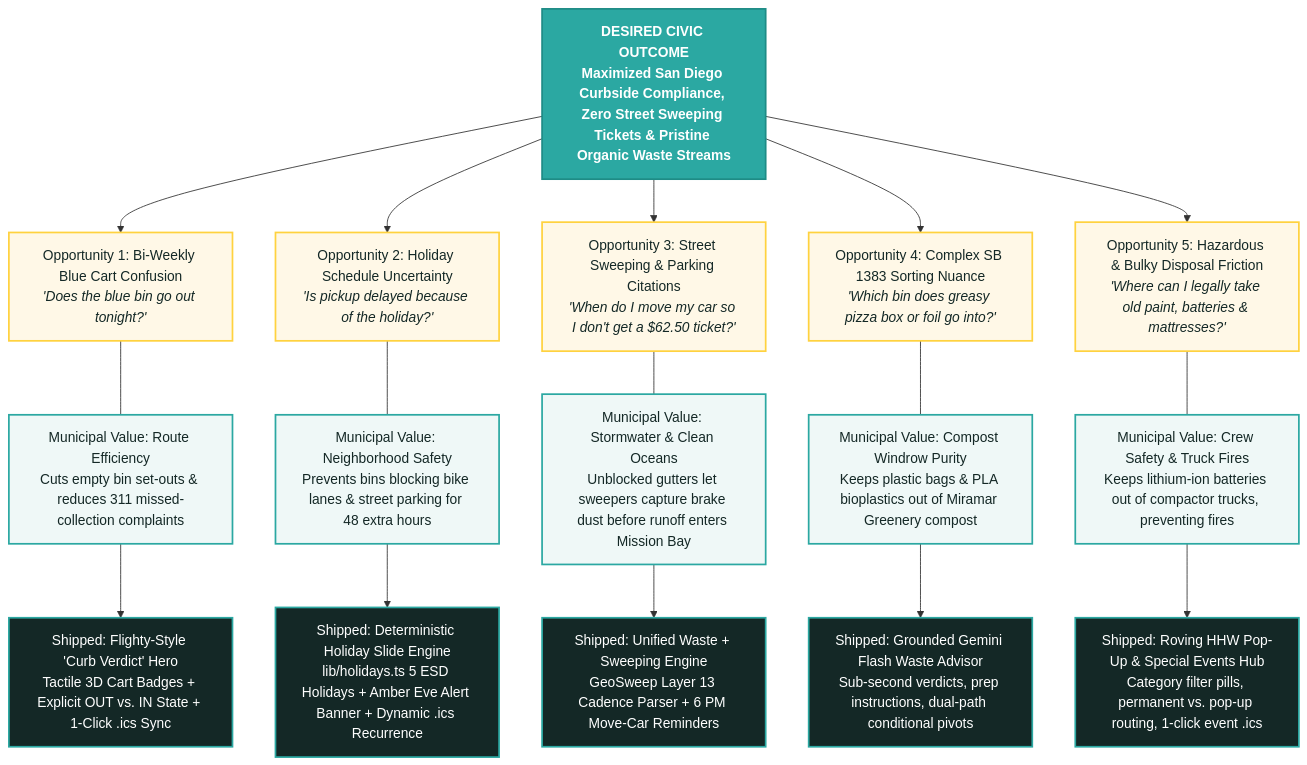
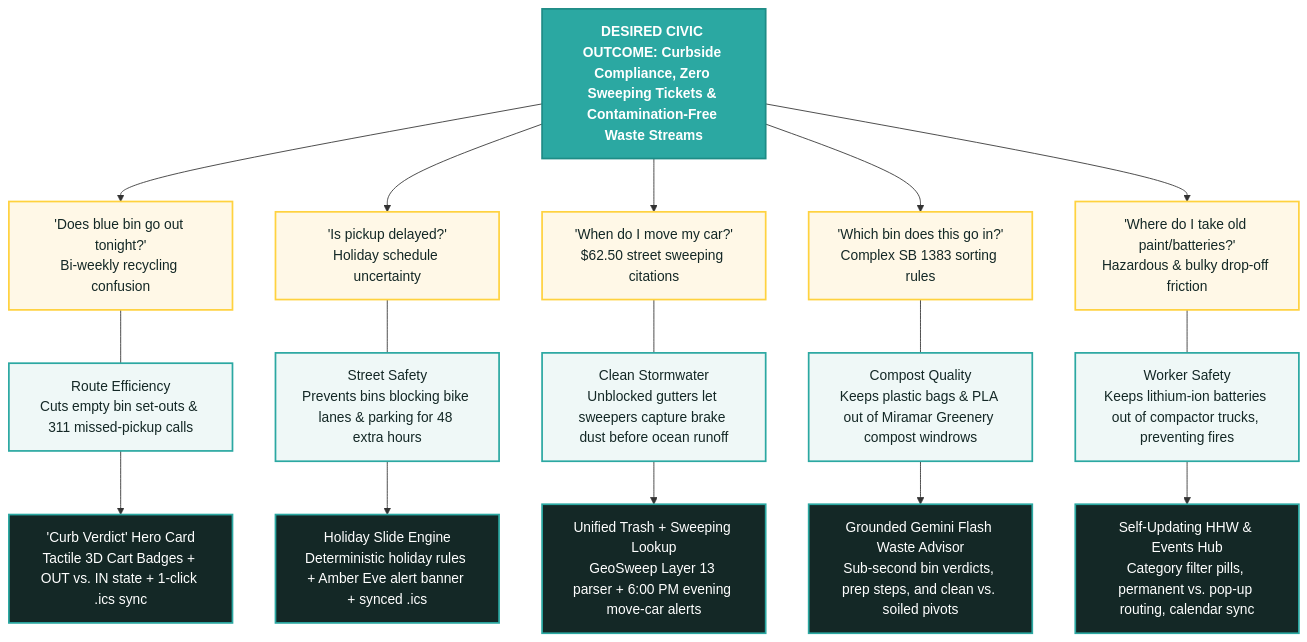
The diagram in README.md (kennytbarry/CurbDay), drawn with Mermaid before and after one commit. The commit also changed other lines of this file and 1 other file, not shown here.

````diff
--- a/README.md
+++ b/README.md
@@ -78,48 +34,45 @@
 ```mermaid
 graph TD
     classDef outcome fill:#2BA8A2,stroke:#1E8C86,stroke-width:2px,color:#FFFFFF,font-weight:bold;
     classDef opp fill:#FFF8E7,stroke:#FFD23F,stroke-width:2px,color:#142826;
     classDef muni fill:#EFF8F7,stroke:#2BA8A2,stroke-width:2px,color:#142826;
     classDef sol fill:#142826,stroke:#2BA8A2,stroke-width:2px,color:#FFFFFF;
 
-    Outcome["DESIRED CIVIC OUTCOME<br>Maximized San Diego Curbside Compliance, Zero Street Sweeping Tickets & Pristine Organic Waste Streams"]:::outcome
+    Outcome["DESIRED CIVIC OUTCOME: Curbside Compliance, Zero Sweeping Tickets & Contamination-Free Waste Streams"]:::outcome
 
-    %% Opportunities
-    O1["Opportunity 1: Bi-Weekly Blue Cart Confusion<br><i>'Does the blue bin go out tonight?'</i>"]:::opp
-    O2["Opportunity 2: Holiday Schedule Uncertainty<br><i>'Is pickup delayed because of the holiday?'</i>"]:::opp
-    O3["Opportunity 3: Street Sweeping & Parking Citations<br><i>'When do I move my car so I don't get a $62.50 ticket?'</i>"]:::opp
-    O4["Opportunity 4: Complex SB 1383 Sorting Nuance<br><i>'Which bin does greasy pizza box or foil go into?'</i>"]:::opp
-    O5["Opportunity 5: Hazardous & Bulky Disposal Friction<br><i>'Where can I legally take old paint, batteries & mattresses?'</i>"]:::opp
+    O1["'Does blue bin go out tonight?'<br>Bi-weekly recycling confusion"]:::opp
+    O2["'Is pickup delayed?'<br>Holiday schedule uncertainty"]:::opp
+    O3["'When do I move my car?'<br>$62.50 street sweeping citations"]:::opp
+    O4["'Which bin does this go in?'<br>Complex SB 1383 sorting rules"]:::opp
+    O5["'Where do I take old paint/batteries?'<br>Hazardous & bulky drop-off friction"]:::opp
 
     Outcome --> O1
     Outcome --> O2
     Outcome --> O3
     Outcome --> O4
     Outcome --> O5
 
-    %% Municipal Value
-    M1["Municipal Value: Route Efficiency<br>Cuts empty bin set-outs & reduces 311 missed-collection complaints"]:::muni
-    M2["Municipal Value: Neighborhood Safety<br>Prevents bins blocking bike lanes & street parking for 48 extra hours"]:::muni
-    M3["Municipal Value: Stormwater & Clean Oceans<br>Unblocked gutters let sweepers capture brake dust before runoff enters Mission Bay"]:::muni
-    M4["Municipal Value: Compost Windrow Purity<br>Keeps plastic bags & PLA bioplastics out of Miramar Greenery compost"]:::muni
-    M5["Municipal Value: Crew Safety & Truck Fires<br>Keeps lithium-ion batteries out of compactor trucks, preventing fires"]:::muni
+    M1["Route Efficiency<br>Cuts empty bin set-outs & 311 missed-pickup calls"]:::muni
+    M2["Street Safety<br>Prevents bins blocking bike lanes & parking for 48 extra hours"]:::muni
+    M3["Clean Stormwater<br>Unblocked gutters let sweepers capture brake dust before ocean runoff"]:::muni
+    M4["Compost Quality<br>Keeps plastic bags & PLA out of Miramar Greenery compost windrows"]:::muni
+    M5["Worker Safety<br>Keeps lithium-ion batteries out of compactor trucks, preventing fires"]:::muni
 
     O1 --- M1
     O2 --- M2
     O3 --- M3
     O4 --- M4
     O5 --- M5
 
-    %% Shipped Solutions
-    S1["Shipped: Flighty-Style 'Curb Verdict' Hero<br>Tactile 3D Cart Badges + Explicit OUT vs. IN State + 1-Click .ics Sync"]:::sol
-    S2["Shipped: Deterministic Holiday Slide Engine<br>lib/holidays.ts 5 ESD Holidays + Amber Eve Alert Banner + Dynamic .ics Recurrence"]:::sol
-    S3["Shipped: Unified Waste + Sweeping Engine<br>GeoSweep Layer 13 Cadence Parser + 6 PM Move-Car Reminders"]:::sol
-    S4["Shipped: Grounded Gemini Flash Waste Advisor<br>Sub-second verdicts, prep instructions, dual-path conditional pivots"]:::sol
-    S5["Shipped: Roving HHW Pop-Up & Special Events Hub<br>Category filter pills, permanent vs. pop-up routing, 1-click event .ics"]:::sol
+    S1["'Curb Verdict' Hero Card<br>Tactile 3D Cart Badges + OUT vs. IN state + 1-click .ics sync"]:::sol
+    S2["Holiday Slide Engine<br>Deterministic holiday rules + Amber Eve alert banner + synced .ics"]:::sol
+    S3["Unified Trash + Sweeping Lookup<br>GeoSweep Layer 13 parser + 6:00 PM evening move-car alerts"]:::sol
+    S4["Grounded Gemini Flash Waste Advisor<br>Sub-second bin verdicts, prep steps, and clean vs. soiled pivots"]:::sol
+    S5["Self-Updating HHW & Events Hub<br>Category filter pills, permanent vs. pop-up routing, calendar sync"]:::sol
 
     M1 --> S1
     M2 --> S2
     M3 --> S3
     M4 --> S4
     M5 --> S5
 ```
````
